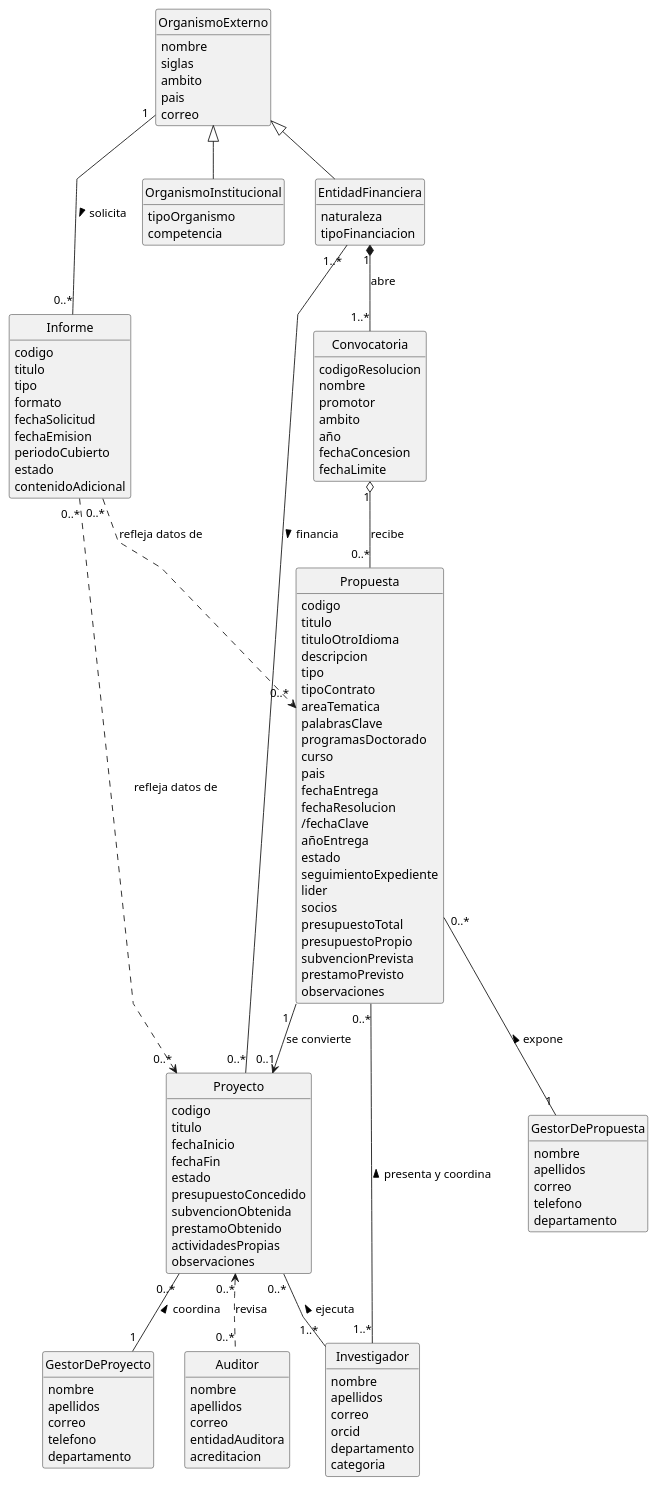
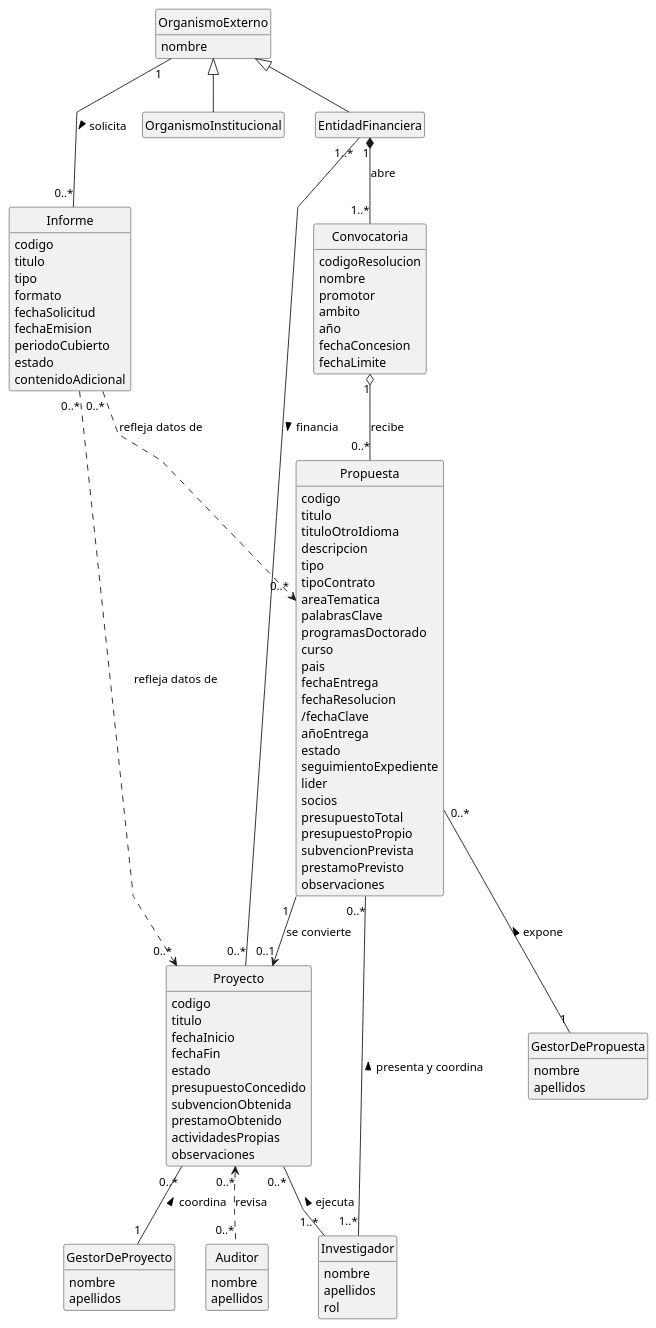
Before and after one commit to Angelo2272/26-27-IdSw1-SDR: the diagram in modelosUML/00-modelo-del-dominio/diagrama-de-clases-formal.puml, drawn with PlantUML. The commit also changed 1 other file, not shown here.

Commit message:
refac: El diagrama de clases UML simplifica los atributos de las clases «EntidadFinanciera», «OrganismoExterno», «OrganismoInstitucional», «Investigador», «Auditor», «GestorDeProyecto» y «GestorDePropuesta».

```diff
--- a/modelosUML/00-modelo-del-dominio/diagrama-de-clases-formal.puml
+++ b/modelosUML/00-modelo-del-dominio/diagrama-de-clases-formal.puml
@@ -1,139 +1,120 @@
 @startuml diagrama-de-clases-formal
 
 hide circle
 hide empty members
 skinparam linetype polyline
 
 class Convocatoria {
   codigoResolucion
   nombre
   promotor
   ambito
   año
   fechaConcesion
   fechaLimite
 }
 
 class Propuesta {
   codigo
   titulo
   tituloOtroIdioma
   descripcion
   tipo
   tipoContrato
   areaTematica
   palabrasClave
   programasDoctorado
   curso
   pais
   fechaEntrega
   fechaResolucion
   /fechaClave
   añoEntrega
   estado
   seguimientoExpediente
   lider
   socios
   presupuestoTotal
   presupuestoPropio
   subvencionPrevista
   prestamoPrevisto
   observaciones
 }
 
 class EntidadFinanciera {
-  naturaleza
-  tipoFinanciacion
 }
 
 class OrganismoExterno {
   nombre
-  siglas
-  ambito
-  pais
-  correo
 }
 
 class OrganismoInstitucional {
-  tipoOrganismo
-  competencia
 }
 
 class Informe {
   codigo
   titulo
   tipo
   formato
   fechaSolicitud
   fechaEmision
   periodoCubierto
   estado
   contenidoAdicional
 }
 
 class Investigador {
   nombre
   apellidos
-  correo
-  orcid
-  departamento
-  categoria
+rol
 }
 
 class Auditor {
   nombre
   apellidos
-  correo
-  entidadAuditora
-  acreditacion
 }
 
 class Proyecto {
   codigo
   titulo
   fechaInicio
   fechaFin
   estado
   presupuestoConcedido
   subvencionObtenida
   prestamoObtenido
   actividadesPropias
   observaciones
 }
 
 class GestorDeProyecto {
   nombre
   apellidos
-  correo
-  telefono
-  departamento
 }
 
 class GestorDePropuesta {
   nombre
   apellidos
-  correo
-  telefono
-  departamento
+
 }
 
 Propuesta "0..*" -d- "1" GestorDePropuesta : expone <
 Proyecto "0..*" -d- "1" GestorDeProyecto : coordina <
 
 OrganismoExterno <|-- EntidadFinanciera
 OrganismoExterno <|-- OrganismoInstitucional
 
 EntidadFinanciera "1" *-- "1..*" Convocatoria : abre
 Propuesta "1" --> "0..1" Proyecto : se convierte
 Convocatoria "1" o-- "0..*" Propuesta : recibe
 Proyecto "0..*" <.d. "0..*" Auditor : revisa
 EntidadFinanciera "1..*" -- "0..*" Proyecto : financia >
 
 Propuesta "0..*" -d- "1..*" Investigador : presenta y coordina <
 Proyecto "0..*" -d- "1..*" Investigador : ejecuta <
 
 OrganismoExterno "1" -d- "0..*" Informe : solicita >
 Informe "0..*" ..> "0..*" Propuesta : refleja datos de
 Informe "0..*" ..> "0..*" Proyecto : refleja datos de
 
 @enduml
```
